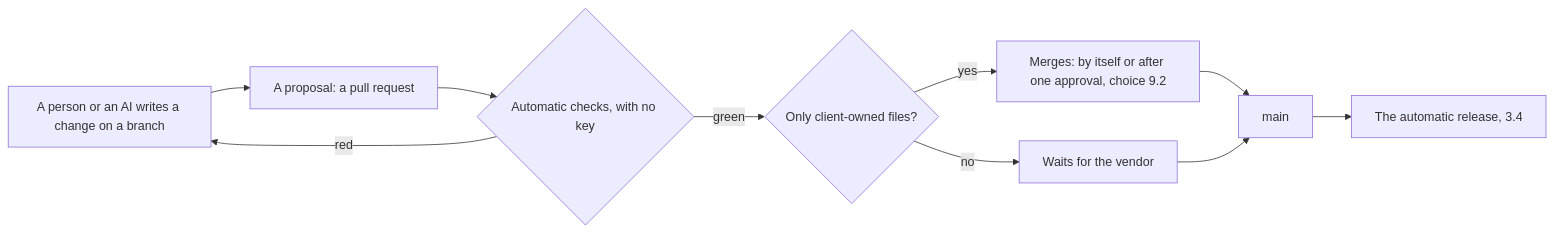
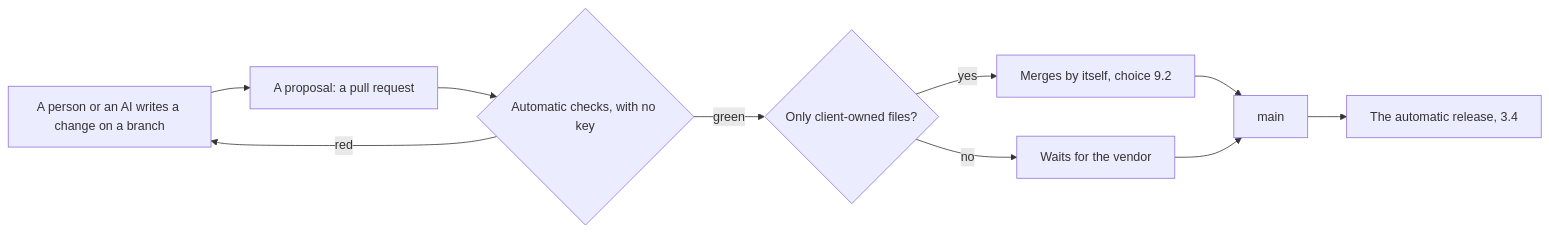
One commit to Harshil8136/chess-game1 changed the first of 3 diagrams in synced-docs/cf-admin/documentation/program/platform-kit/18-research-automated-delivery.md. Above: the diagram before and after it, drawn with Mermaid. The commit also changed other lines of this file and 4 other files, not shown here.

````diff
--- a/synced-docs/cf-admin/documentation/program/platform-kit/18-research-automated-delivery.md
+++ b/synced-docs/cf-admin/documentation/program/platform-kit/18-research-automated-delivery.md
@@ -110,12 +110,12 @@
 ```mermaid
 flowchart LR
   A[A person or an AI writes a change on a branch] --> B[A proposal: a pull request]
   B --> C{Automatic checks, with no key}
   C -- red --> A
   C -- green --> D{Only client-owned files?}
-  D -- yes --> E[Merges: by itself or after one approval, choice 9.2]
+  D -- yes --> E[Merges by itself, choice 9.2]
   D -- no --> F[Waits for the vendor]
   E --> G[main]
   F --> G
   G --> H[The automatic release, 3.4]
 ```
````
